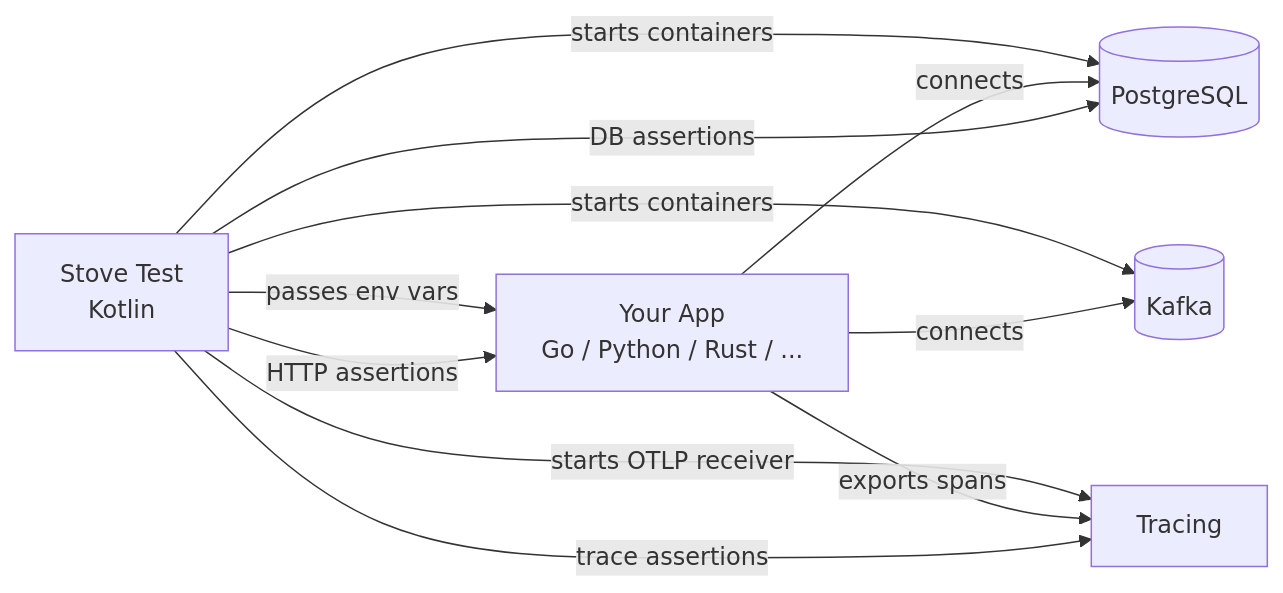
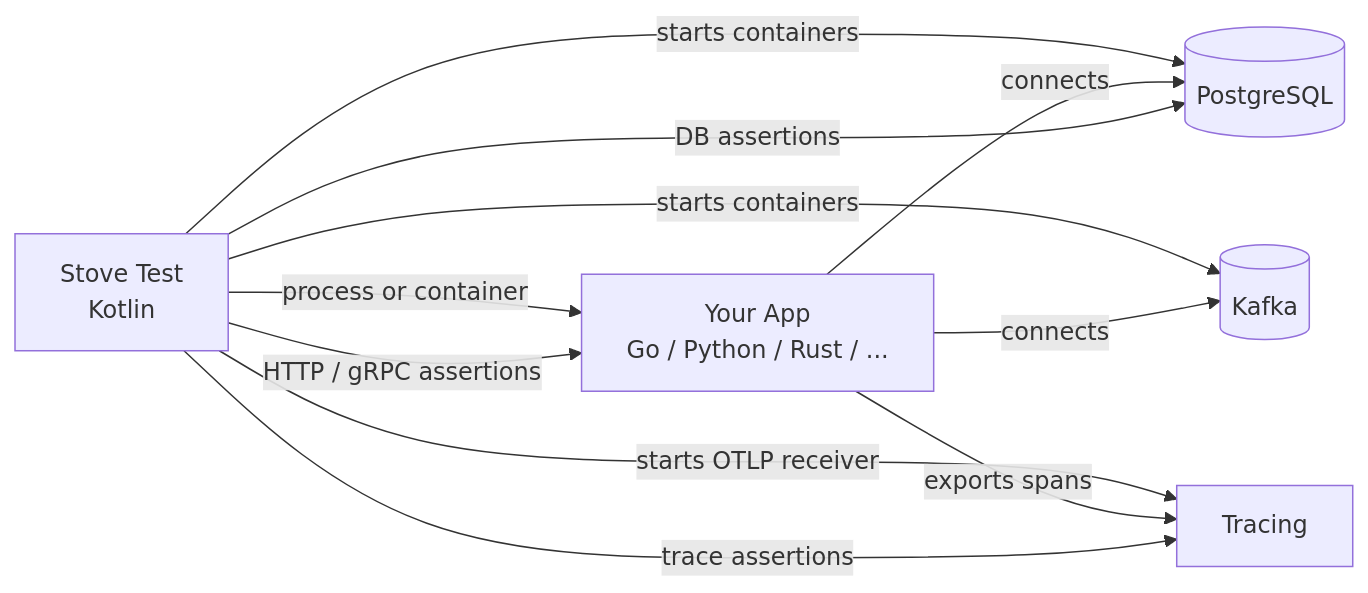
One commit to Trendyol/stove changed the diagram in docs/other-languages/index.md. Above: the diagram before and after it, drawn with Mermaid. The commit also changed other lines of this file and 12 other files, not shown here.

````diff
--- a/docs/other-languages/index.md
+++ b/docs/other-languages/index.md
@@ -9,13 +14,13 @@
 ```mermaid
 graph LR
     S[Stove Test<br>Kotlin] -->|starts containers| PG[(PostgreSQL)]
     S -->|starts containers| K[(Kafka)]
     S -->|starts OTLP receiver| T[Tracing]
-    S -->|passes env vars| APP[Your App<br>Go / Python / Rust / ...]
+    S -->|process or container| APP[Your App<br>Go / Python / Rust / ...]
     APP -->|connects| PG
     APP -->|connects| K
     APP -->|exports spans| T
-    S -->|HTTP assertions| APP
+    S -->|HTTP / gRPC assertions| APP
     S -->|DB assertions| PG
     S -->|trace assertions| T
 ```
````
